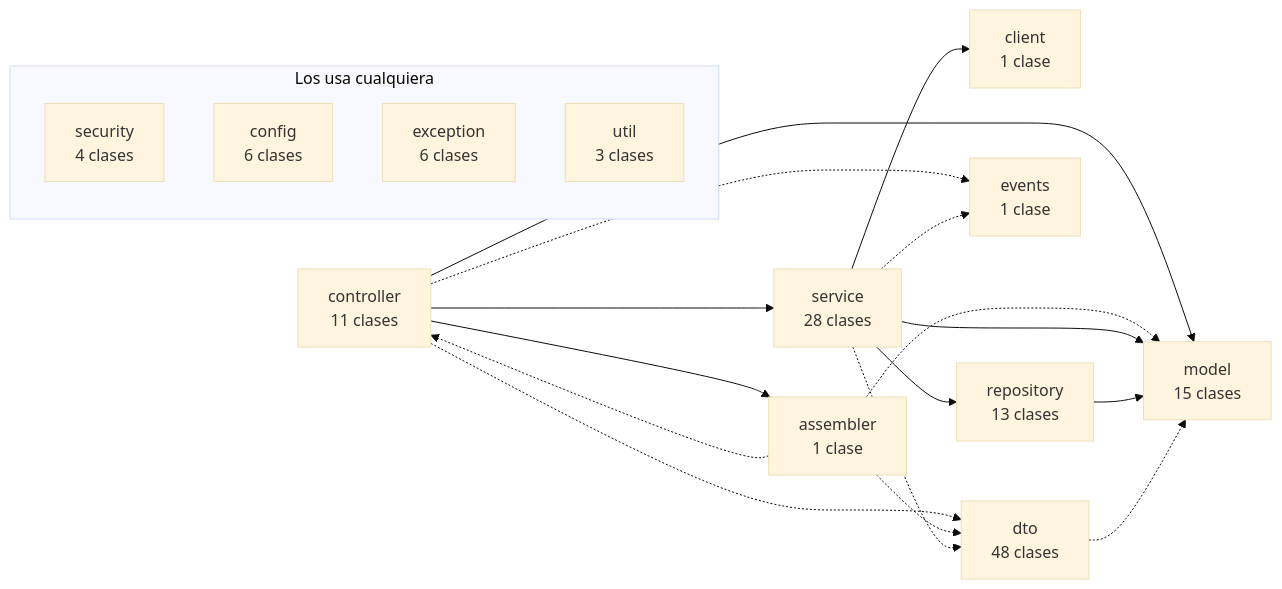
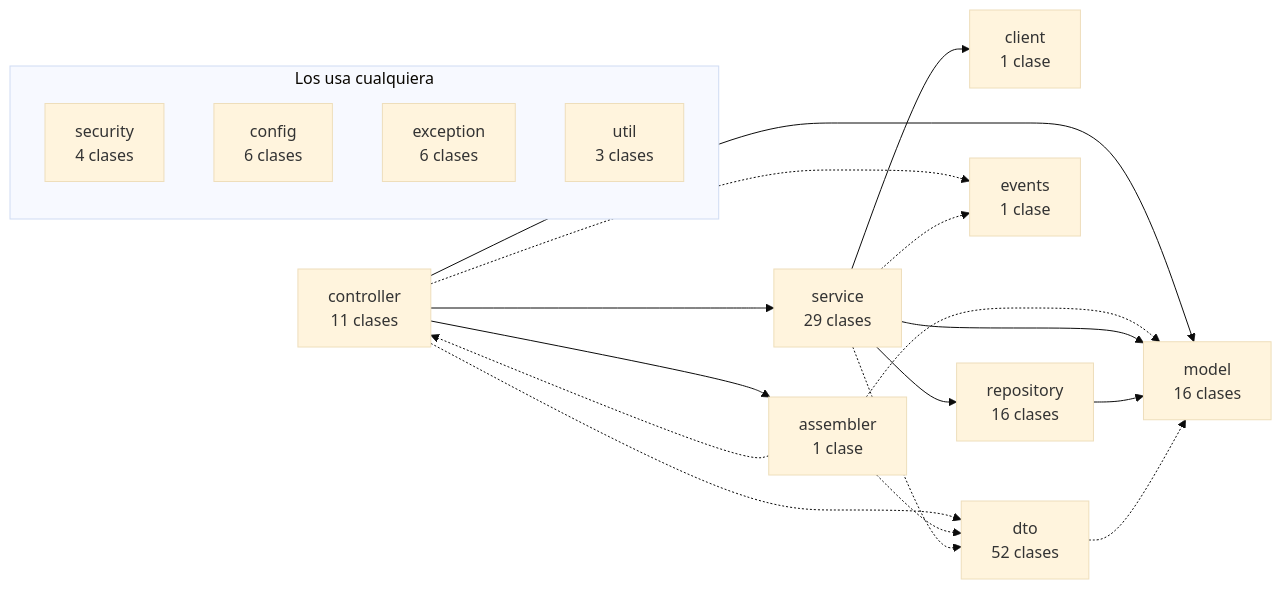
Before and after one commit to TechnicalBridge/DataBridge: the third of 8 diagrams in docs/diagramas/componentes.md, drawn with Mermaid (base theme). The commit also changed other lines of this file and 62 other files, not shown here.

````diff
--- a/docs/diagramas/componentes.md
+++ b/docs/diagramas/componentes.md
@@ -165,33 +165,33 @@
 ```mermaid
 flowchart LR
     controller["controller<br/>11 clases"]
     assembler["assembler<br/>1 clase"]
-    service["service<br/>28 clases"]
+    service["service<br/>29 clases"]
     client["client<br/>1 clase"]
-    repository["repository<br/>13 clases"]
-    model["model<br/>15 clases"]
+    repository["repository<br/>16 clases"]
+    model["model<br/>16 clases"]
     events["events<br/>1 clase"]
-    dto["dto<br/>48 clases"]
+    dto["dto<br/>52 clases"]
     subgraph TRANSVERSAL["Los usa cualquiera"]
         direction TB
         security["security<br/>4 clases"]
         config["config<br/>6 clases"]
         exception["exception<br/>6 clases"]
         util["util<br/>3 clases"]
     end
     controller --> assembler
     controller --> service
     controller --> model
     controller -.-> events
     controller -.-> dto
     assembler -.-> controller
     assembler -.-> model
     assembler -.-> dto
     service --> client
     service --> repository
     service --> model
     service -.-> events
     service -.-> dto
     repository --> model
     dto -.-> model
 ```
````
